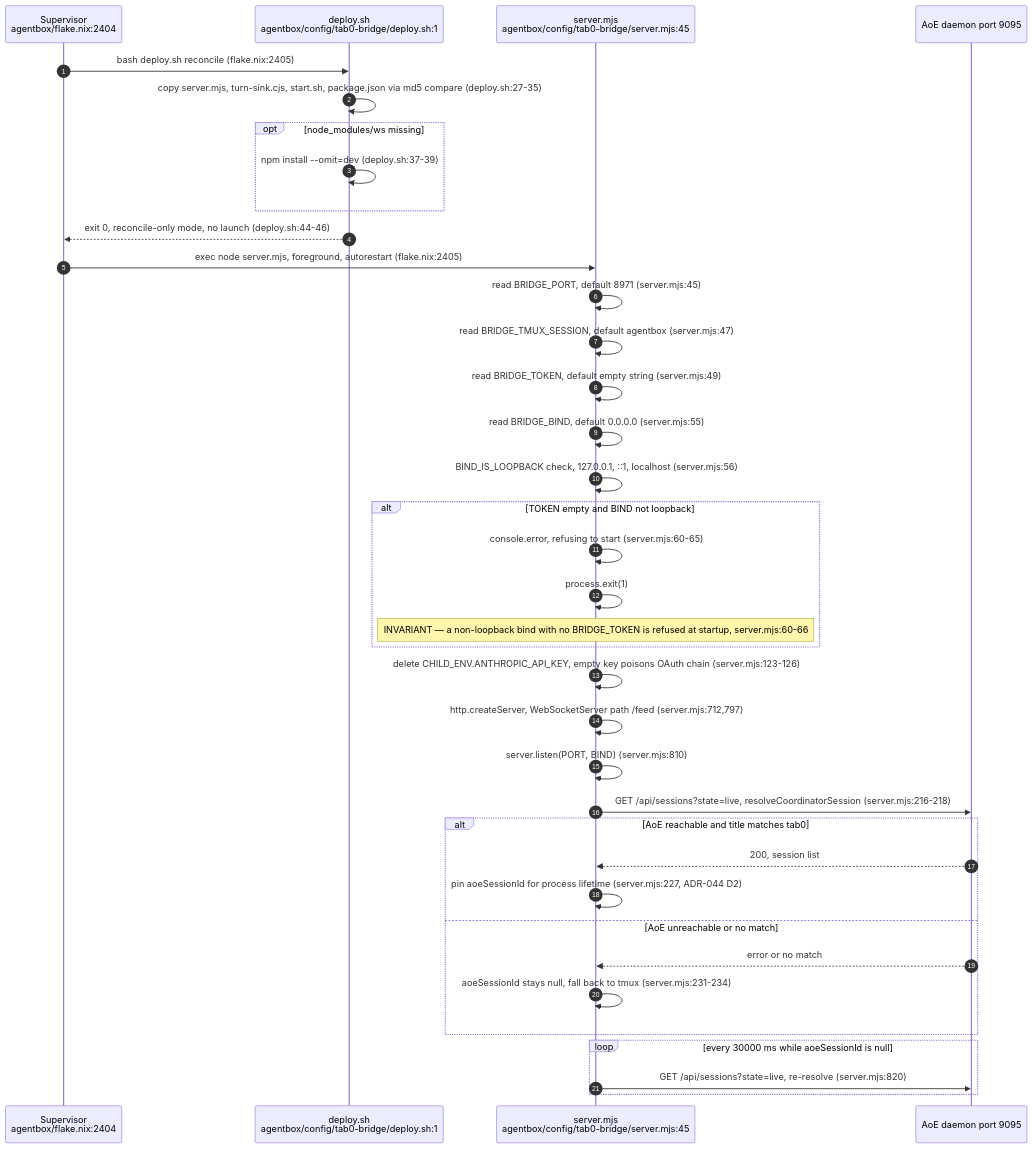
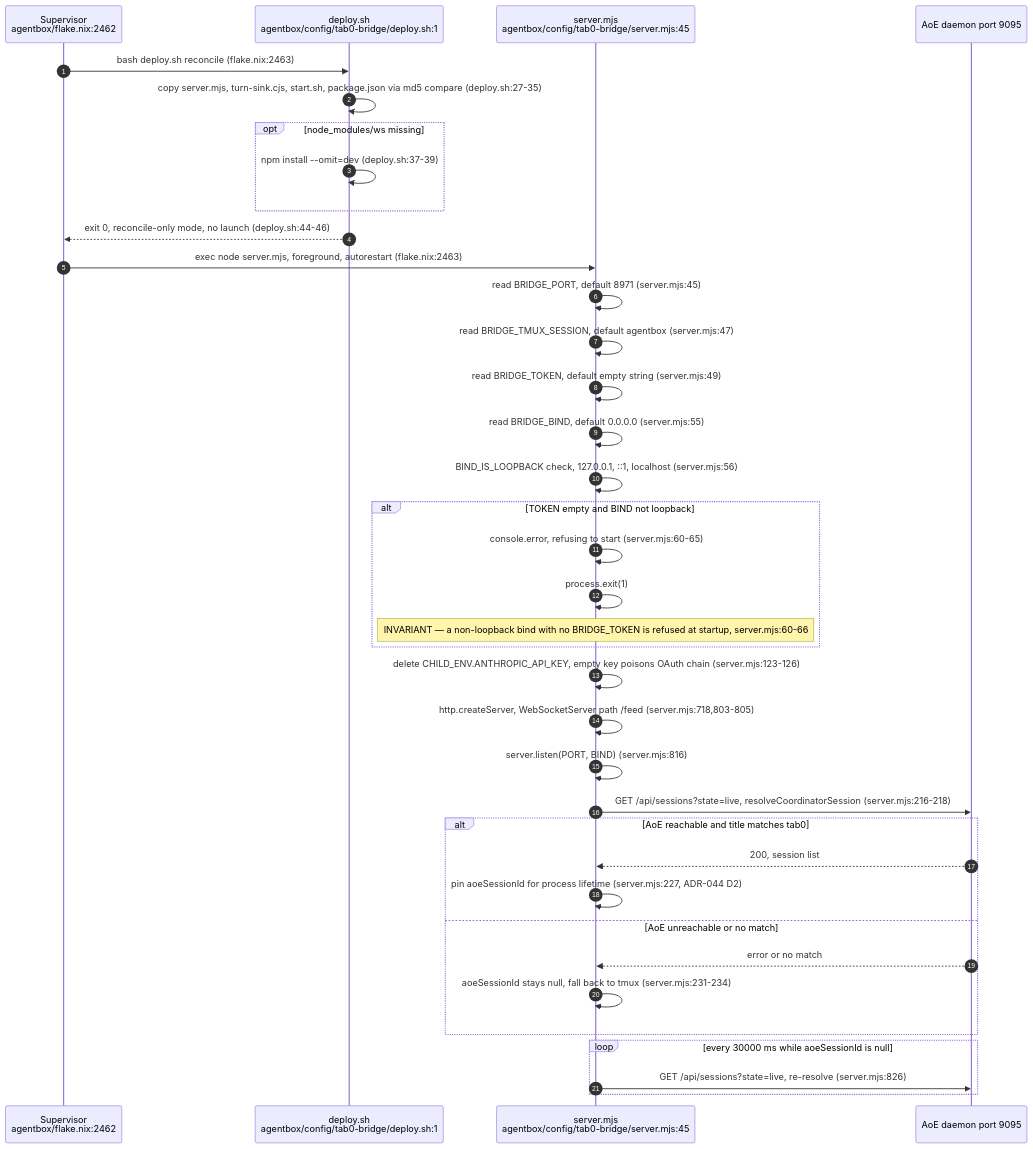
The second of 14 diagrams in docs/diagrams/agentbox/12-tab0-bridge-and-interaction-plane.md (DreamLab-AI/VisionFlow), drawn with Mermaid before and after one commit. The commit also changed other lines of this file and 28 other files, not shown here.

````diff
--- a/docs/diagrams/agentbox/12-tab0-bridge-and-interaction-plane.md
+++ b/docs/diagrams/agentbox/12-tab0-bridge-and-interaction-plane.md
@@ -73,40 +74,40 @@
 ```mermaid
 sequenceDiagram
     autonumber
-    participant Sup as Supervisor<br/>agentbox/flake.nix:2404
+    participant Sup as Supervisor<br/>agentbox/flake.nix:2462
     participant Dep as deploy.sh<br/>agentbox/config/tab0-bridge/deploy.sh:1
     participant Node as server.mjs<br/>agentbox/config/tab0-bridge/server.mjs:45
     participant AoEd as AoE daemon port 9095
 
-    Sup->>Dep: bash deploy.sh reconcile (flake.nix:2405)
+    Sup->>Dep: bash deploy.sh reconcile (flake.nix:2463)
     Dep->>Dep: copy server.mjs, turn-sink.cjs, start.sh, package.json via md5 compare (deploy.sh:27-35)
     opt node_modules/ws missing
         Dep->>Dep: npm install --omit=dev (deploy.sh:37-39)
     end
     Dep-->>Sup: exit 0, reconcile-only mode, no launch (deploy.sh:44-46)
-    Sup->>Node: exec node server.mjs, foreground, autorestart (flake.nix:2405)
+    Sup->>Node: exec node server.mjs, foreground, autorestart (flake.nix:2463)
     Node->>Node: read BRIDGE_PORT, default 8971 (server.mjs:45)
     Node->>Node: read BRIDGE_TMUX_SESSION, default agentbox (server.mjs:47)
     Node->>Node: read BRIDGE_TOKEN, default empty string (server.mjs:49)
     Node->>Node: read BRIDGE_BIND, default 0.0.0.0 (server.mjs:55)
     Node->>Node: BIND_IS_LOOPBACK check, 127.0.0.1, ::1, localhost (server.mjs:56)
     alt TOKEN empty and BIND not loopback
         Node->>Node: console.error, refusing to start (server.mjs:60-65)
         Node->>Node: process.exit(1)
         Note over Node: INVARIANT — a non-loopback bind with no BRIDGE_TOKEN is refused at startup, server.mjs:60-66
     end
     Node->>Node: delete CHILD_ENV.ANTHROPIC_API_KEY, empty key poisons OAuth chain (server.mjs:123-126)
-    Node->>Node: http.createServer, WebSocketServer path /feed (server.mjs:712,797)
-    Node->>Node: server.listen(PORT, BIND) (server.mjs:810)
+    Node->>Node: http.createServer, WebSocketServer path /feed (server.mjs:718,803-805)
+    Node->>Node: server.listen(PORT, BIND) (server.mjs:816)
     Node->>AoEd: GET /api/sessions?state=live, resolveCoordinatorSession (server.mjs:216-218)
     alt AoE reachable and title matches tab0
         AoEd-->>Node: 200, session list
         Node->>Node: pin aoeSessionId for process lifetime (server.mjs:227, ADR-044 D2)
     else AoE unreachable or no match
         AoEd-->>Node: error or no match
         Node->>Node: aoeSessionId stays null, fall back to tmux (server.mjs:231-234)
     end
     loop every 30000 ms while aoeSessionId is null
-        Node->>AoEd: GET /api/sessions?state=live, re-resolve (server.mjs:820)
+        Node->>AoEd: GET /api/sessions?state=live, re-resolve (server.mjs:826)
     end
 ```
````
